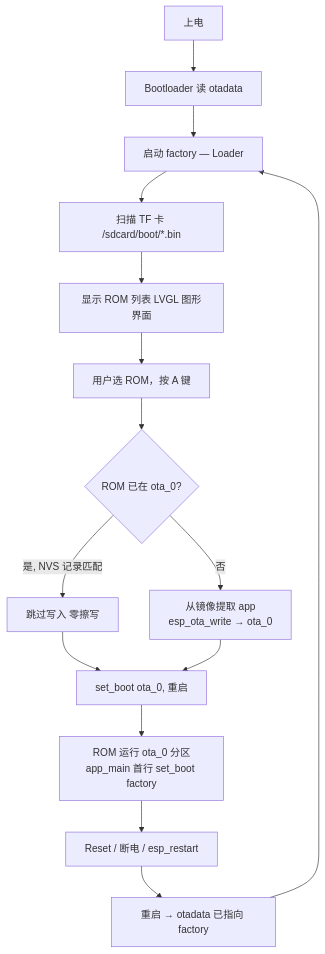
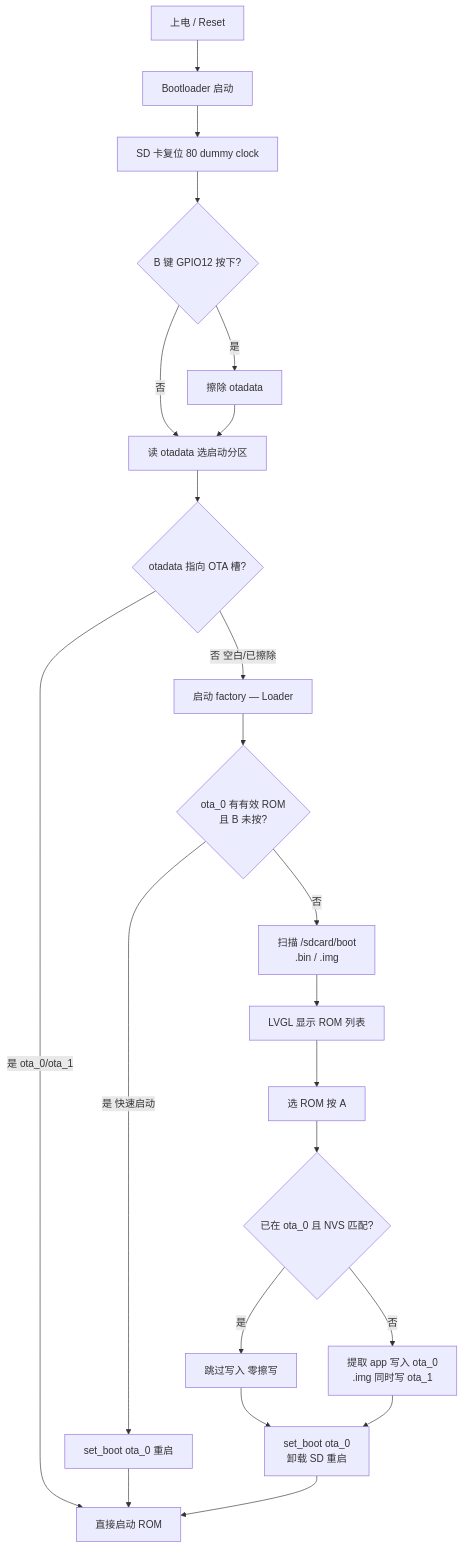
The diagram in README.md (rainrainrainbow/xiaomiao-loader), drawn with Mermaid before and after one commit. The commit also changed other lines of this file, not shown here.

Commit message:
docs: README 对齐源码，补充快速启动、分区标签与 .img 解析细节

````diff
--- a/README.md
+++ b/README.md
@@ -7,17 +7,24 @@
 ```mermaid
 flowchart TD
-    A[上电] --> B[Bootloader 读 otadata]
-    B --> C[启动 factory — Loader]
-    C --> D[扫描 TF 卡 /sdcard/boot/*.bin]
-    D --> E[显示 ROM 列表 LVGL 图形界面]
-    E --> F[用户选 ROM，按 A 键]
-    F --> G{ROM 已在 ota_0?}
-    G -->|是, NVS 记录匹配| H[跳过写入 零擦写]
-    G -->|否| I[从镜像提取 app\nesp_ota_write → ota_0]
-    H --> J[set_boot ota_0, 重启]
-    I --> J
-    J --> K[ROM 运行 ota_0 分区\napp_main 首行 set_boot factory]
-    K --> L[Reset / 断电 / esp_restart]
-    L --> M[重启 → otadata 已指向 factory]
-    M --> C
+    A[上电 / Reset] --> B[Bootloader 启动]
+    B --> B1[SD 卡复位 80 dummy clock]
+    B1 --> C{B 键 GPIO12 按下?}
+    C -->|是| D[擦除 otadata]
+    C -->|否| E[读 otadata 选启动分区]
+    D --> E
+    E --> F{otadata 指向 OTA 槽?}
+    F -->|是 ota_0/ota_1| G[直接启动 ROM]
+    F -->|否 空白/已擦除| H[启动 factory — Loader]
+    H --> I{ota_0 有有效 ROM\n且 B 未按?}
+    I -->|是 快速启动| J[set_boot ota_0 重启]
+    J --> G
+    I -->|否| K[扫描 /sdcard/boot\n .bin / .img]
+    K --> L[LVGL 显示 ROM 列表]
+    L --> M[选 ROM 按 A]
+    M --> N{已在 ota_0 且 NVS 匹配?}
+    N -->|是| O[跳过写入 零擦写]
+    N -->|否| P[提取 app 写入 ota_0\n.img 同时写 ota_1]
+    O --> Q[set_boot ota_0\n卸载 SD 重启]
+    P --> Q
+    Q --> G
 ```
````
